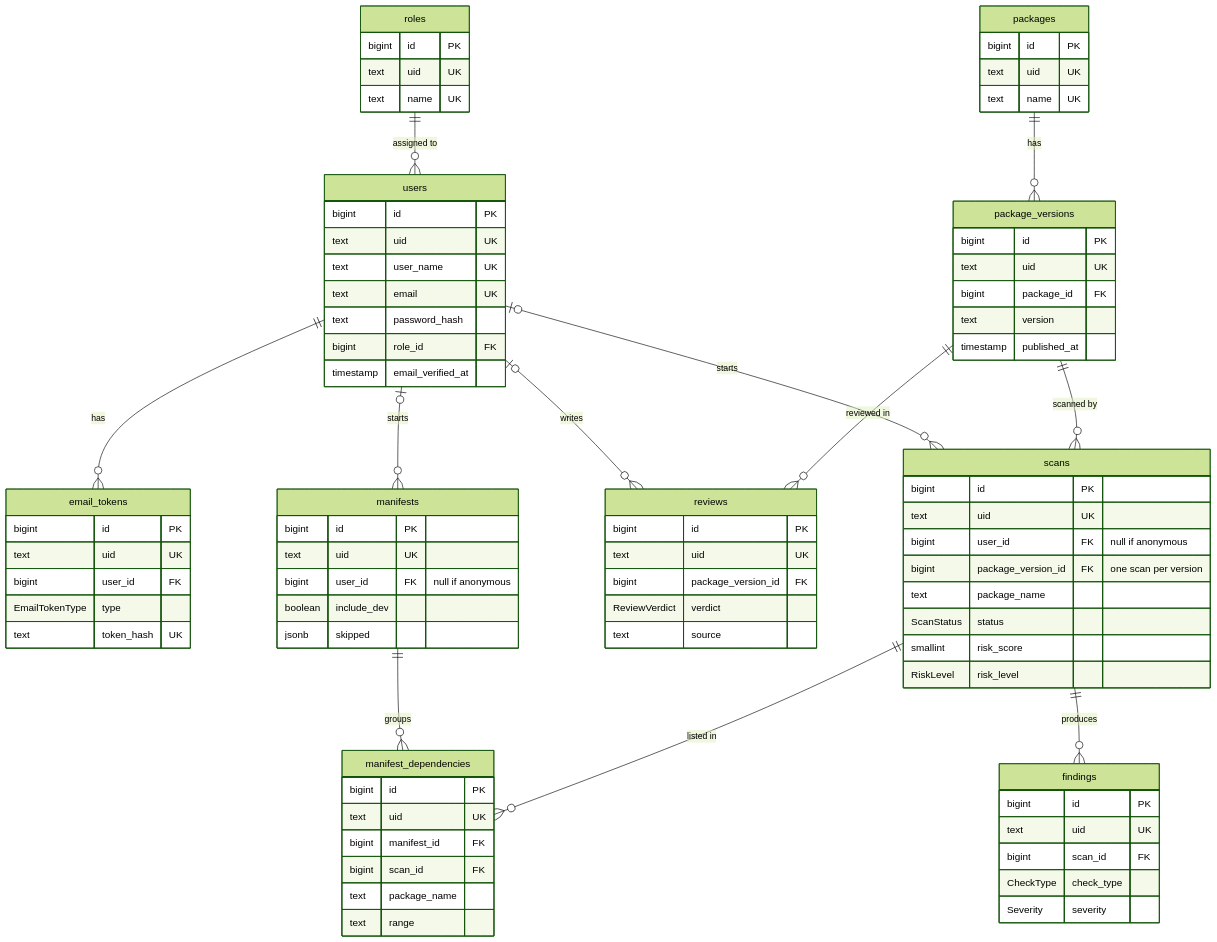
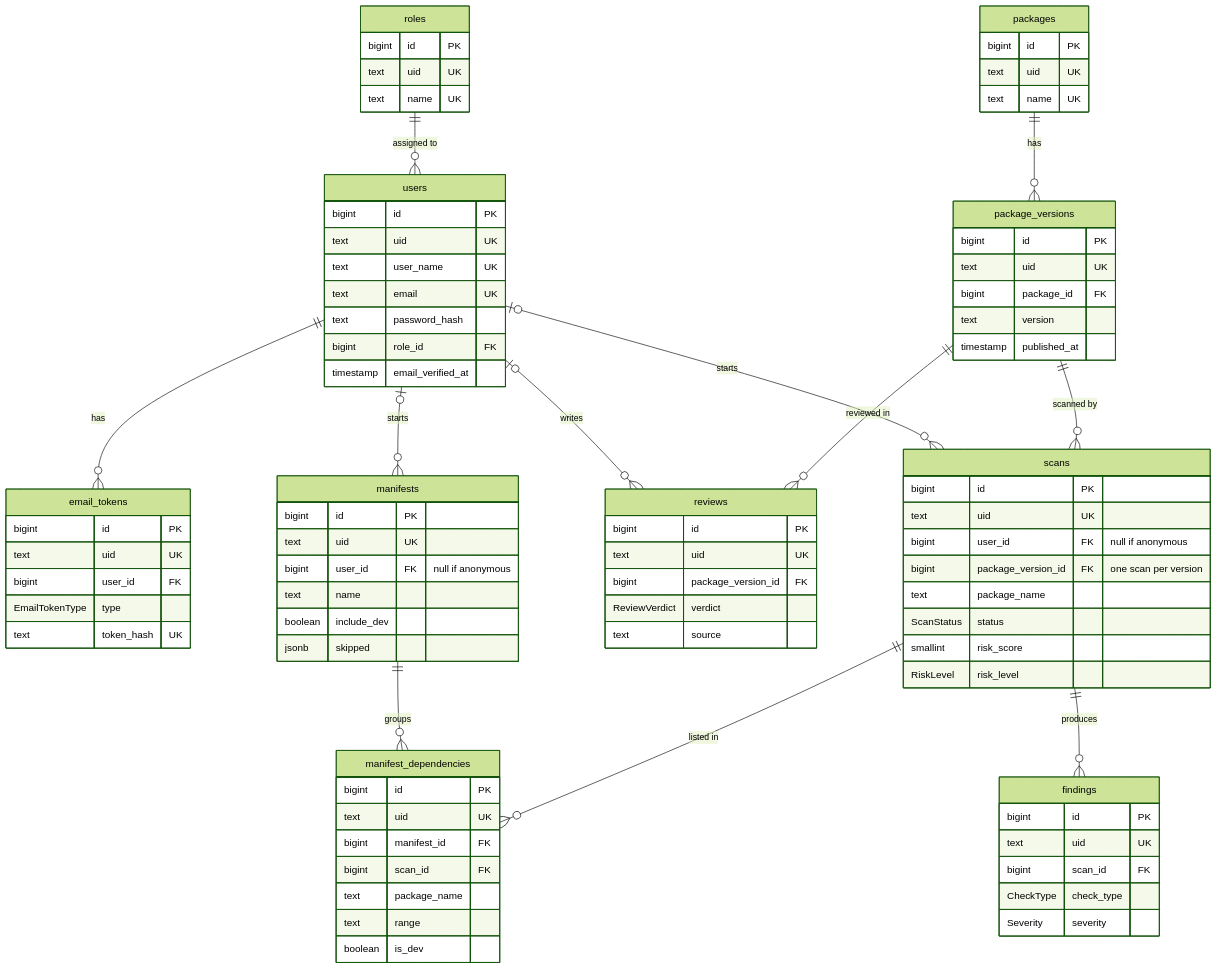
One commit to Apu-Emdad/npm-sentinel-api changed the diagram in docs/schema.md. Above: the diagram before and after it, drawn with Mermaid (forest theme). The commit also changed other lines of this file and 4 other files, not shown here.

````diff
--- a/docs/schema.md
+++ b/docs/schema.md
@@ -87,6 +87,7 @@
         bigint id PK
         text uid UK
         bigint user_id FK "null if anonymous"
+        text name
         boolean include_dev
         jsonb skipped
     }
@@ -97,5 +98,6 @@
         bigint scan_id FK
         text package_name
         text range
+        boolean is_dev
     }
 ```
````
